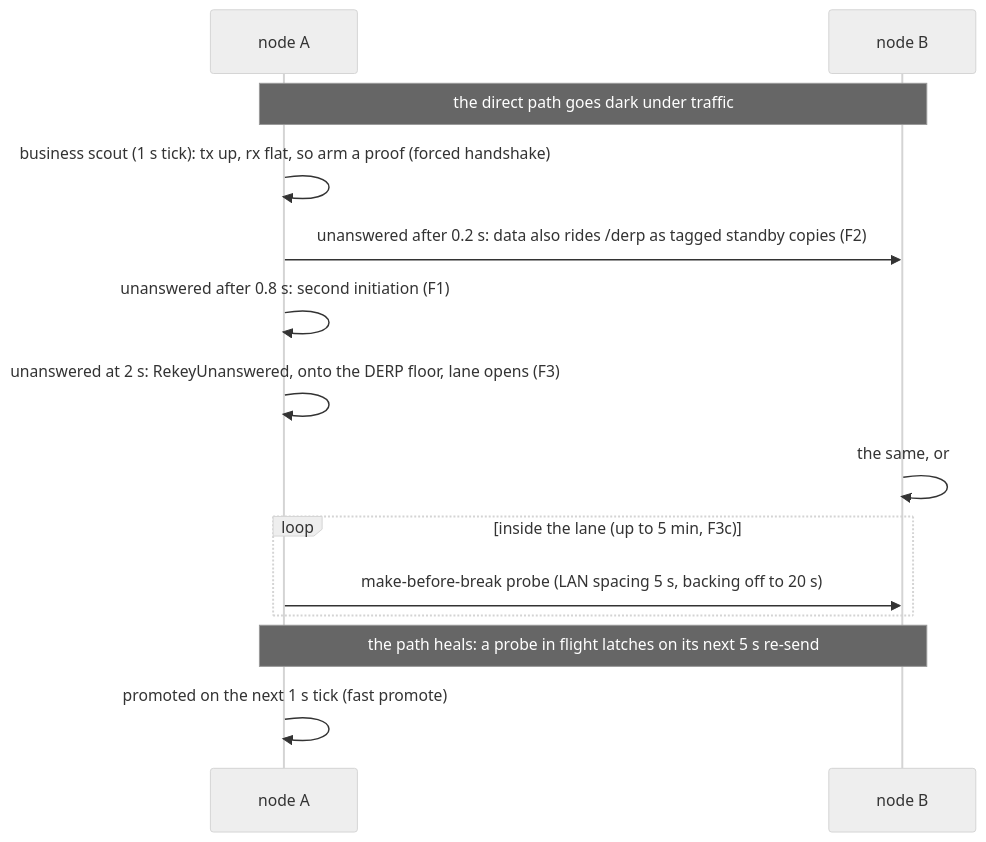
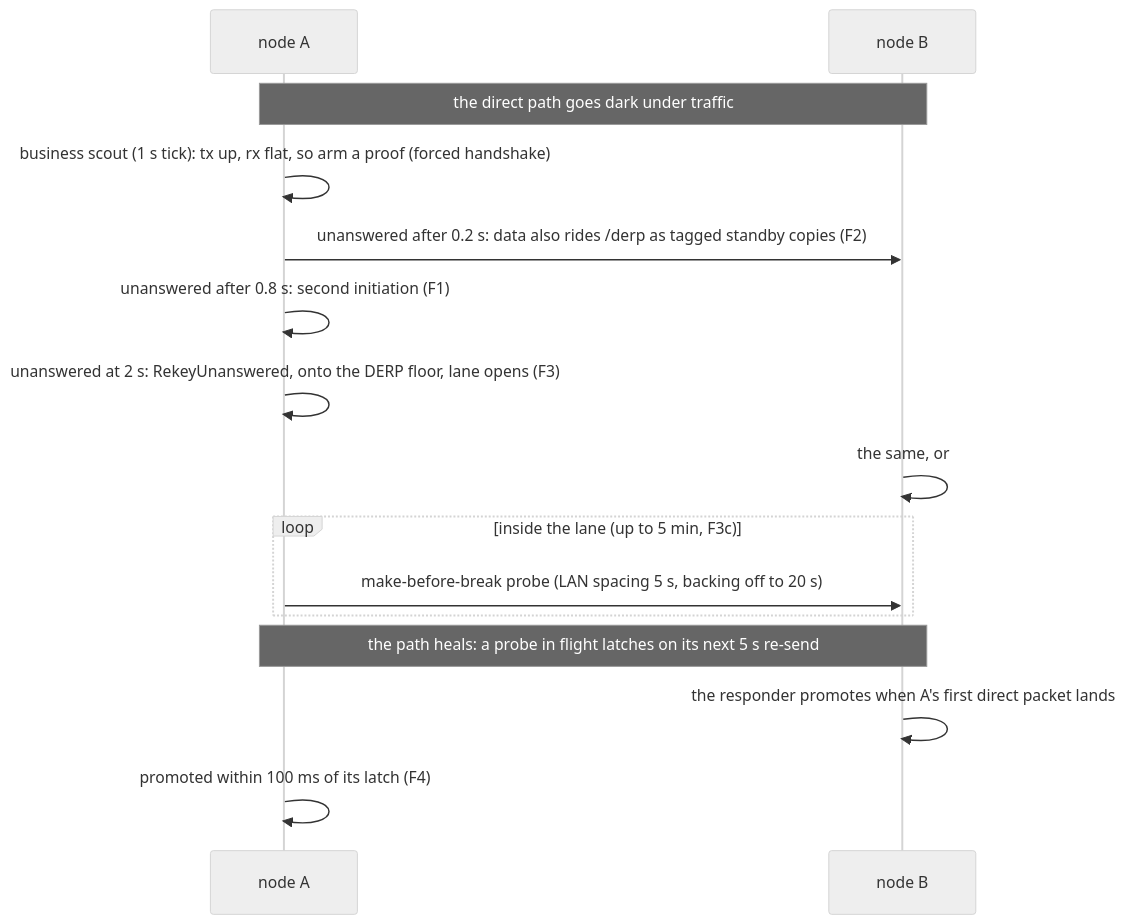
The fourth of 4 diagrams in docs/overlay-nat-traversal.md (jk-zhang-meta/MeshHarbor), drawn with Mermaid (neutral theme) before and after one commit. The commit also changed other lines of this file, not shown here.

````diff
--- a/docs/overlay-nat-traversal.md
+++ b/docs/overlay-nat-traversal.md
@@ -472,16 +499,17 @@
 ```mermaid
 sequenceDiagram
   participant A as node A
   participant B as node B
   Note over A,B: the direct path goes dark under traffic
   A->>A: business scout (1 s tick): tx up, rx flat, so arm a proof (forced handshake)
   A->>B: unanswered after 0.2 s: data also rides /derp as tagged standby copies (F2)
   A->>A: unanswered after 0.8 s: second initiation (F1)
   A->>A: unanswered at 2 s: RekeyUnanswered, onto the DERP floor, lane opens (F3)
   B->>B: the same, or #27 demote-follow on A's /derp frames
   loop inside the lane (up to 5 min, F3c)
     A->>B: make-before-break probe (LAN spacing 5 s, backing off to 20 s)
   end
   Note over A,B: the path heals: a probe in flight latches on its next 5 s re-send
-  A->>A: promoted on the next 1 s tick (fast promote)
+  B->>B: the responder promotes when A's first direct packet lands
+  A->>A: promoted within 100 ms of its latch (F4)
 ```
````
